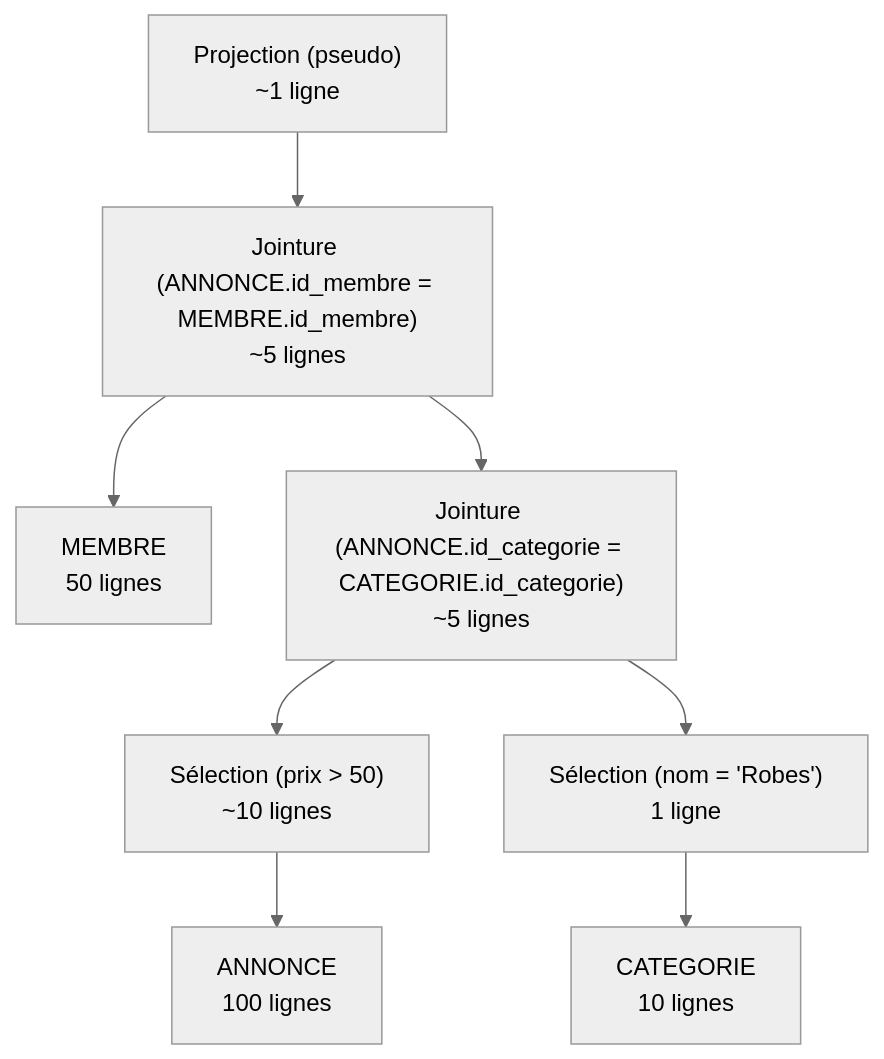
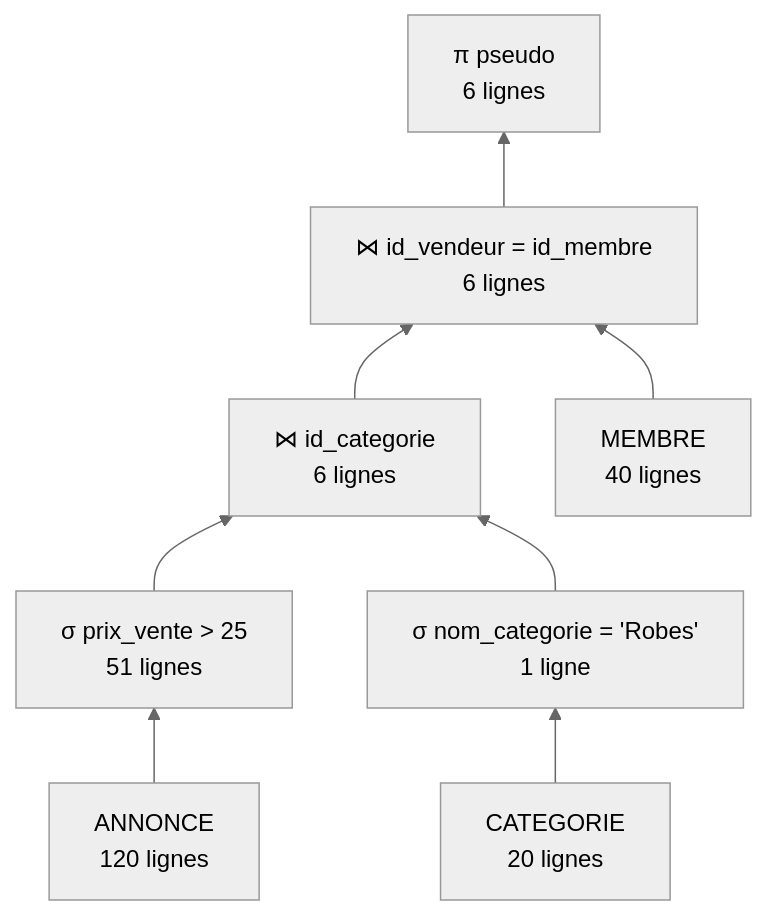
Before and after one commit to brandyTat237/ProjetDB_fangouo_mihrab: the second of 3 diagrams in README.md, drawn with Mermaid (neutral theme). The commit also changed other lines of this file, not shown here.

````diff
--- a/README.md
+++ b/README.md
@@ -365,10 +394,11 @@
 ```mermaid
-graph TD
-    A["Projection (pseudo)<br/>~1 ligne"] --> B["Jointure (ANNONCE.id_membre = MEMBRE.id_membre)<br/>~5 lignes"]
-    B --> C["MEMBRE<br/>50 lignes"]
-    B --> D["Jointure (ANNONCE.id_categorie = CATEGORIE.id_categorie)<br/>~5 lignes"]
-    D --> E["Sélection (prix > 50)<br/>~10 lignes"]
-    E --> F["ANNONCE<br/>100 lignes"]
-    D --> G["Sélection (nom = 'Robes')<br/>1 ligne"]
-    G --> H["CATEGORIE<br/>10 lignes"]
+flowchart BT
+    A["ANNONCE<br/>120 lignes"] --> S1
+    C["CATEGORIE<br/>20 lignes"] --> S2
+    S1["σ prix_vente > 25<br/>51 lignes"] --> J1
+    S2["σ nom_categorie = 'Robes'<br/>1 ligne"] --> J1
+    J1["⋈ id_categorie<br/>6 lignes"] --> J2
+    M["MEMBRE<br/>40 lignes"] --> J2
+    J2["⋈ id_vendeur = id_membre<br/>6 lignes"] --> P
+    P["π pseudo<br/>6 lignes"]
 ```
````
